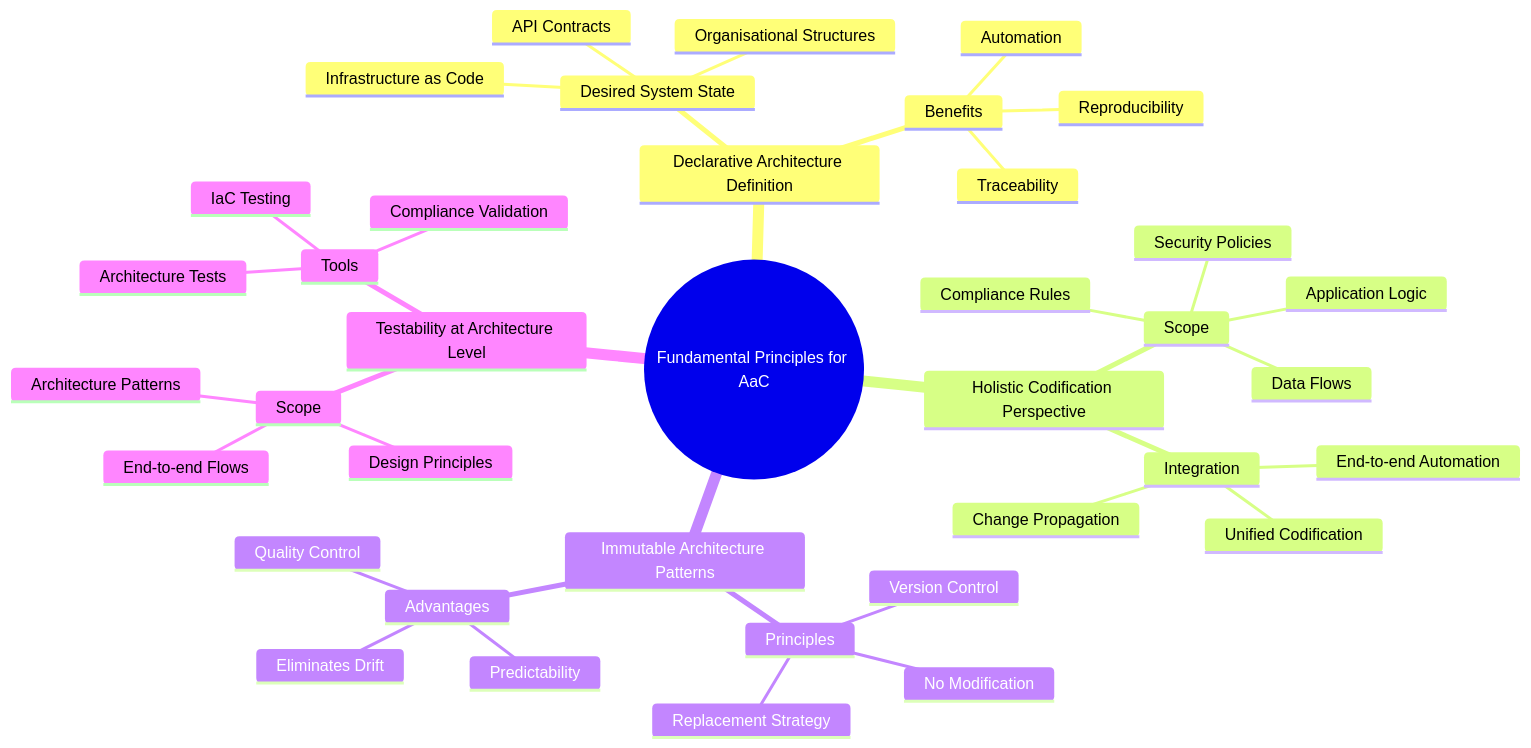
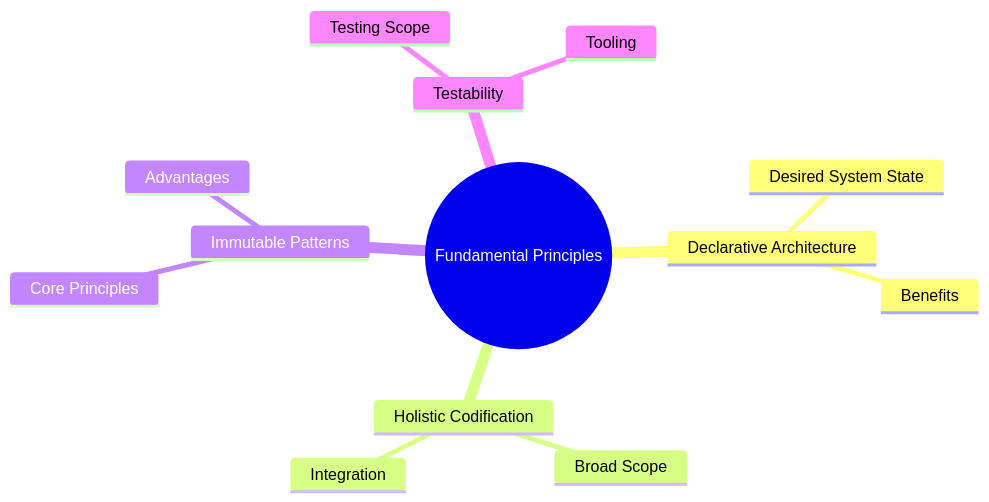
The diagram in docs/images/mindmap_02_principles.mmd (Geonitab/architecture_as_code), drawn with Mermaid before and after one commit. The commit also changed 15 other files, not shown here.

First line of the commit message:
Enhance Gantt chart styling with Kvadrat brand consistency (#1506)

```diff
--- a/docs/images/mindmap_02_principles.mmd
+++ b/docs/images/mindmap_02_principles.mmd
@@ -1,39 +1,14 @@
 mindmap
-  root((Fundamental Principles for AaC))
-    Declarative Architecture Definition
+  root((Fundamental Principles))
+    Declarative Architecture
       Desired System State
-        Infrastructure as Code
-        API Contracts
-        Organisational Structures
       Benefits
-        Reproducibility
-        Automation
-        Traceability
-    Holistic Codification Perspective
-      Scope
-        Application Logic
-        Data Flows
-        Security Policies
-        Compliance Rules
+    Holistic Codification
+      Broad Scope
       Integration
-        End-to-end Automation
-        Change Propagation
-        Unified Codification
-    Immutable Architecture Patterns
-      Principles
-        Version Control
-        No Modification
-        Replacement Strategy
+    Immutable Patterns
+      Core Principles
       Advantages
-        Predictability
-        Eliminates Drift
-        Quality Control
-    Testability at Architecture Level
-      Scope
-        Architecture Patterns
-        Design Principles
-        End-to-end Flows
-      Tools
-        IaC Testing
-        Architecture Tests
-        Compliance Validation
+    Testability
+      Testing Scope
+      Tooling
```
